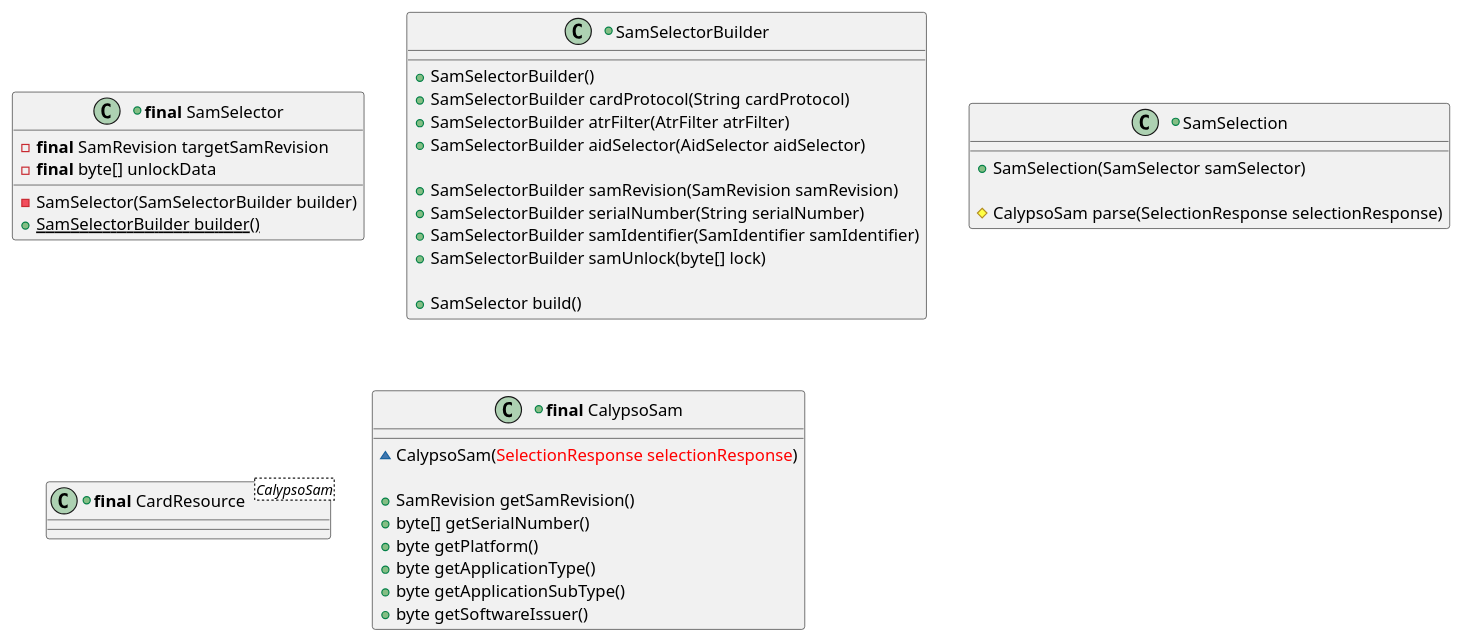
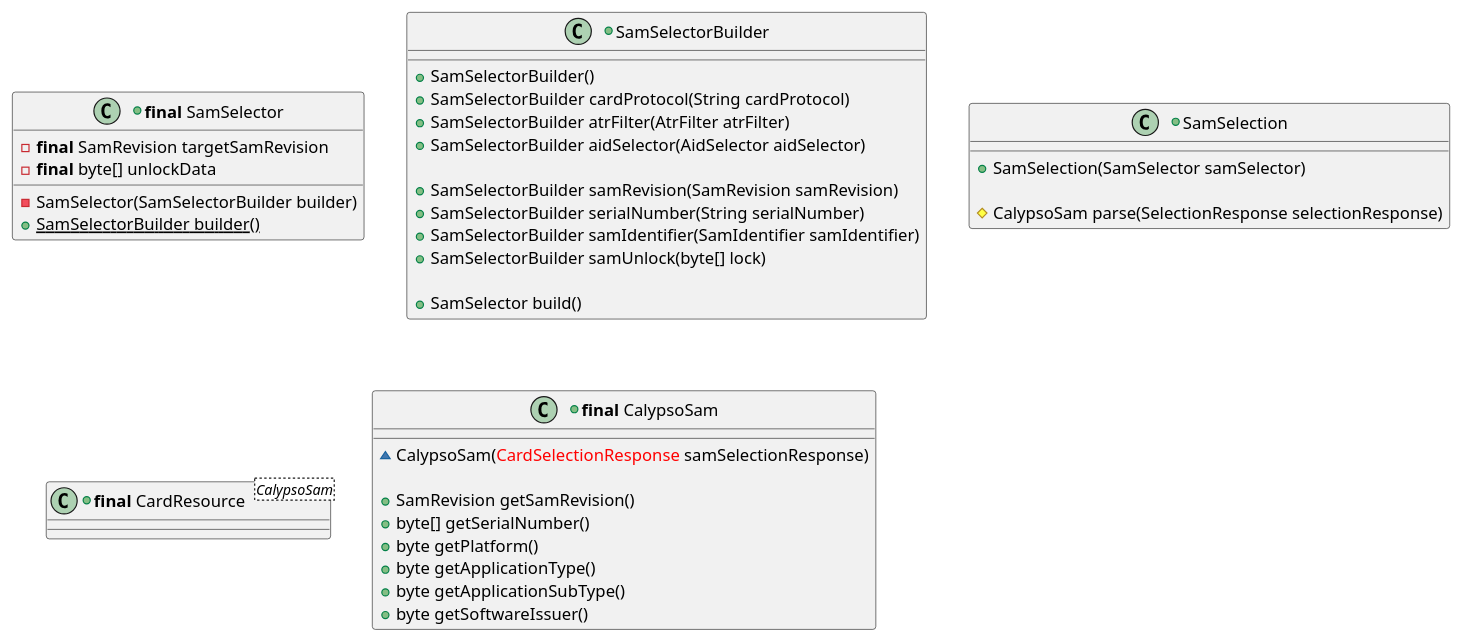
Before and after one commit to calypsonet/keyple: the fourth of 19 diagrams in src/KeypleCalypsoApi/puml/KeypleCalypso_Transaction_ClassDiag_ClassElements.iuml, drawn with PlantUML. The commit also changed other lines of this file and 4 other files, not shown here.

Commit message:
Rename Calypso Selection

```diff
--- a/src/KeypleCalypsoApi/puml/KeypleCalypso_Transaction_ClassDiag_ClassElements.iuml
+++ b/src/KeypleCalypsoApi/puml/KeypleCalypso_Transaction_ClassDiag_ClassElements.iuml
@@ -67,42 +67,42 @@
 @startuml(id=TRANSACTION_SELECTION_SAM_1_0_0)
 +class "<b>final</b> SamSelector" as SamSelector {
   -<b>final</b> SamRevision targetSamRevision
   -<b>final</b> byte[] unlockData
   -SamSelector(SamSelectorBuilder builder)
   +{static} SamSelectorBuilder builder()
 }
 
 +class SamSelectorBuilder {
   +SamSelectorBuilder()
   +SamSelectorBuilder cardProtocol(String cardProtocol)
   +SamSelectorBuilder atrFilter(AtrFilter atrFilter)
   +SamSelectorBuilder aidSelector(AidSelector aidSelector)
 
   +SamSelectorBuilder samRevision(SamRevision samRevision)
   +SamSelectorBuilder serialNumber(String serialNumber)
   +SamSelectorBuilder samIdentifier(SamIdentifier samIdentifier)
   +SamSelectorBuilder samUnlock(byte[] lock)
 
   +SamSelector build()
 }
 
 +class SamSelection {
   +SamSelection(SamSelector samSelector)
 
   #CalypsoSam parse(SelectionResponse selectionResponse)
 }
 
 +class "<b>final</b> CardResource<CalypsoSam>" as SamResource {
 }
 
 +class "<b>final</b> CalypsoSam" as CalypsoSam {
-  ~CalypsoSam(<color:red>SelectionResponse selectionResponse</color>)
+  ~CalypsoSam(<color:red>CardSelectionResponse</color> samSelectionResponse)
 
   +SamRevision getSamRevision()
   +byte[] getSerialNumber()
   +byte getPlatform()
   +byte getApplicationType()
   +byte getApplicationSubType()
   +byte getSoftwareIssuer()
 }
 @enduml
```
